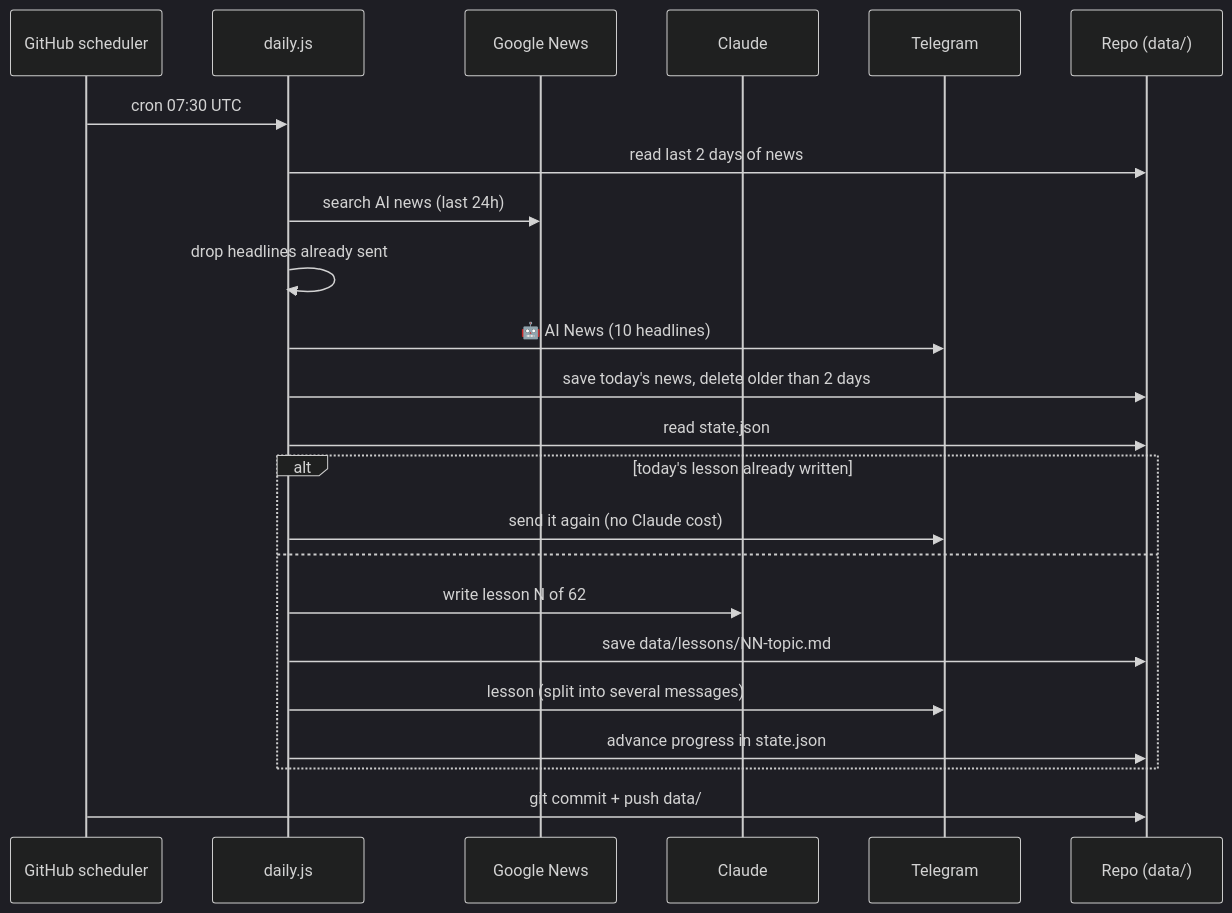
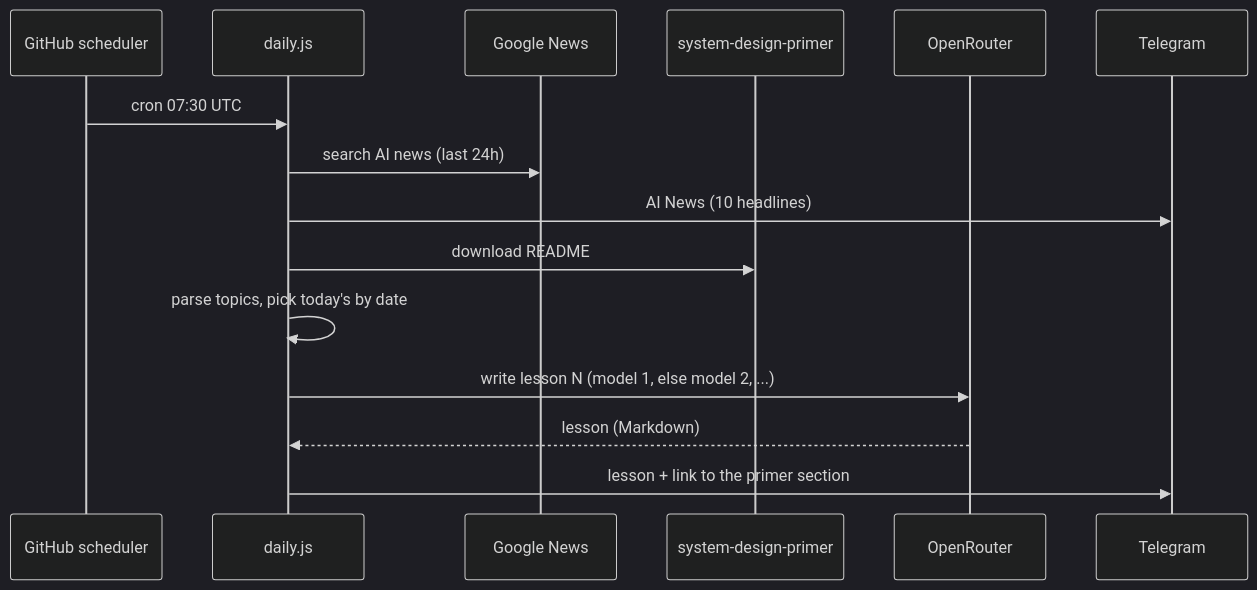
The second of 3 diagrams in docs/HLD.md (GOURAVSINGH19/Hermes-AI), drawn with Mermaid (dark theme) before and after one commit. The commit also changed other lines of this file and 24 other files, not shown here.

Commit message:
Free AI models, live topics from system-design-primer, no stored data

````diff
--- a/docs/HLD.md
+++ b/docs/HLD.md
@@ -66,26 +71,18 @@
 ```mermaid
 sequenceDiagram
     participant GH as GitHub scheduler
     participant D as daily.js
     participant N as Google News
-    participant C as Claude
+    participant P as system-design-primer
+    participant AI as OpenRouter
     participant T as Telegram
-    participant R as Repo (data/)
 
     GH->>D: cron 07:30 UTC
-    D->>R: read last 2 days of news
     D->>N: search AI news (last 24h)
-    D->>D: drop headlines already sent
-    D->>T: 🤖 AI News (10 headlines)
-    D->>R: save today's news, delete older than 2 days
-    D->>R: read state.json
-    alt today's lesson already written
-        D->>T: send it again (no Claude cost)
-    else
-        D->>C: write lesson N of 62
-        D->>R: save data/lessons/NN-topic.md
-        D->>T: lesson (split into several messages)
-        D->>R: advance progress in state.json
-    end
-    GH->>R: git commit + push data/
+    D->>T: AI News (10 headlines)
+    D->>P: download README
+    D->>D: parse topics, pick today's by date
+    D->>AI: write lesson N (model 1, else model 2, ...)
+    AI-->>D: lesson (Markdown)
+    D->>T: lesson + link to the primer section
 ```
````
